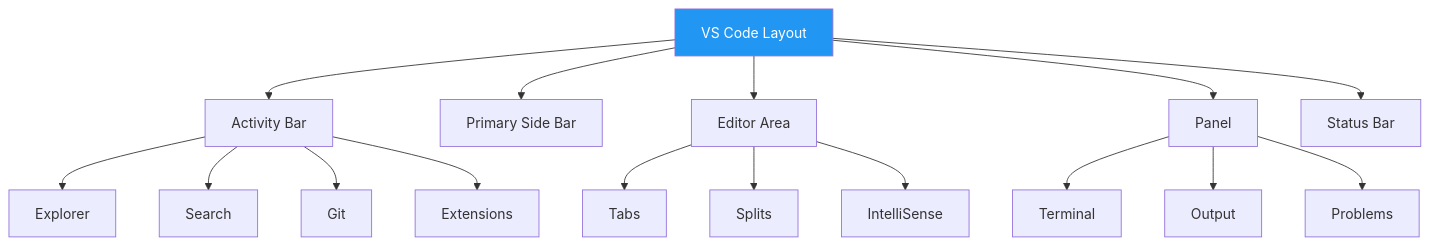
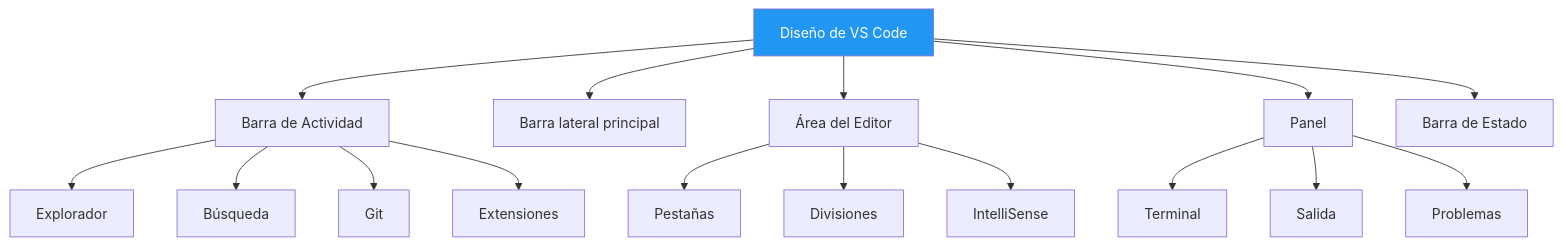
One commit to joseluisgs/EntornosDesarrollo-02-2026-2027 changed the third of 3 diagrams in 03-anatomia-ides.md. Above: the diagram before and after it, drawn with Mermaid. The commit also changed other lines of this file and 9 other files, not shown here.

First line of the commit message:
[fix] Auditoría completa UD02: errores, formato, CCEE, Mermaid, ejemplos

````diff
--- a/03-anatomia-ides.md
+++ b/03-anatomia-ides.md
@@ -155,23 +157,23 @@
 ```mermaid
 graph TD
-    A[VS Code Layout] --> B[Activity Bar]
-    A --> C[Primary Side Bar]
-    A --> D[Editor Area]
+    A[Diseño de VS Code] --> B[Barra de Actividad]
+    A --> C[Barra lateral principal]
+    A --> D[Área del Editor]
     A --> E[Panel]
-    A --> F[Status Bar]
+    A --> F[Barra de Estado]
 
-    B --> B1[Explorer]
-    B --> B2[Search]
+    B --> B1[Explorador]
+    B --> B2[Búsqueda]
     B --> B3[Git]
-    B --> B4[Extensions]
+    B --> B4[Extensiones]
 
-    D --> D1[Tabs]
-    D --> D2[Splits]
+    D --> D1[Pestañas]
+    D --> D2[Divisiones]
     D --> D3[IntelliSense]
 
     E --> E1[Terminal]
-    E --> E2[Output]
-    E --> E3[Problems]
+    E --> E2[Salida]
+    E --> E3[Problemas]
 
     style A fill:#2196F3,color:#fff
 ```
````
